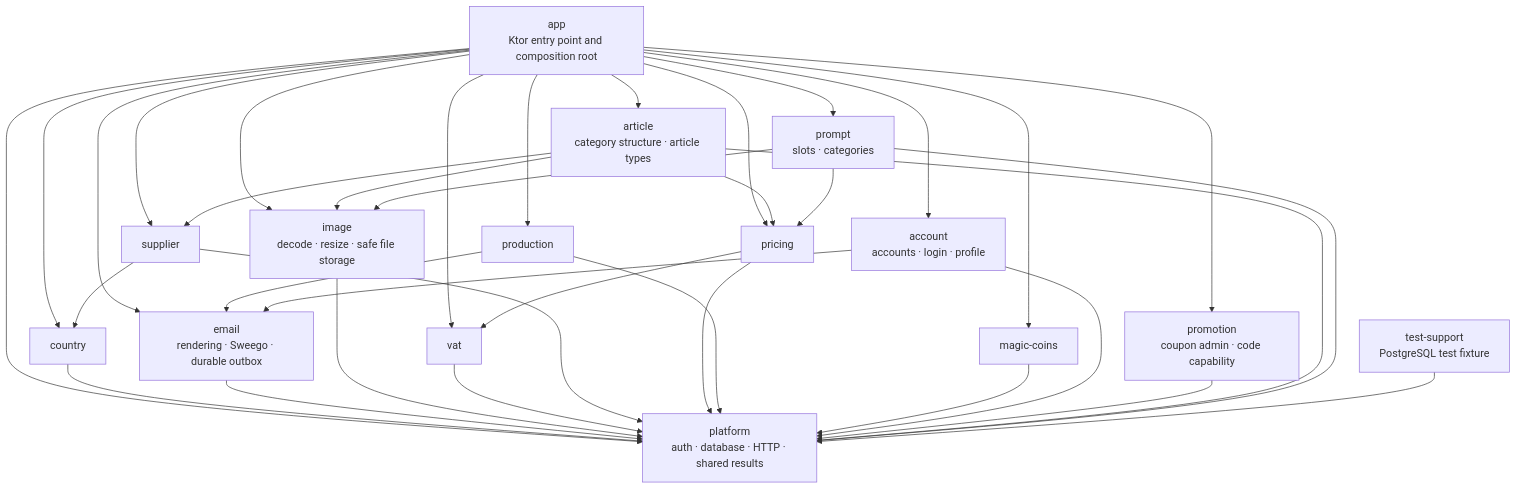
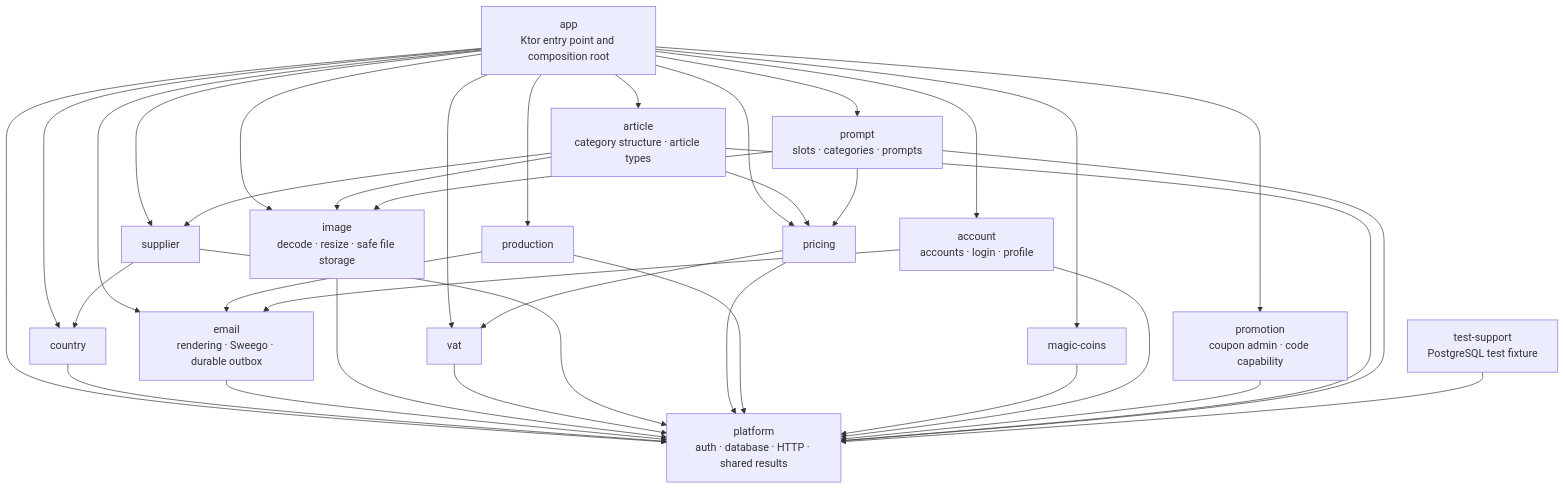
One commit to bitstorm-tech/voenix-shop-kotlin changed the diagram in docs/dev/backend/module-architecture.md. Above: the diagram before and after it, drawn with Mermaid. The commit also changed other lines of this file and 27 other files, not shown here.

First line of the commit message:
Migrate the prompts themselves with their price (Prompt slice 3a)

````diff
--- a/docs/dev/backend/module-architecture.md
+++ b/docs/dev/backend/module-architecture.md
@@ -34,54 +34,54 @@
 ```mermaid
 flowchart TD
     App["app<br/>Ktor entry point and composition root"]
     Platform["platform<br/>auth · database · HTTP · shared results"]
     Country["country"]
     Email["email<br/>rendering · Sweego · durable outbox"]
     Image["image<br/>decode · resize · safe file storage"]
     Vat["vat"]
     Supplier["supplier"]
     Pricing["pricing"]
     Production["production"]
     MagicCoins["magic-coins"]
     Account["account<br/>accounts · login · profile"]
     Promotion["promotion<br/>coupon admin · code capability"]
     Article["article<br/>category structure · article types"]
-    Prompt["prompt<br/>slots · categories"]
+    Prompt["prompt<br/>slots · categories · prompts"]
     TestSupport["test-support<br/>PostgreSQL test fixture"]
 
     App --> Platform
     App --> Account
     App --> Country
     App --> Email
     App --> Image
     App --> Vat
     App --> Supplier
     App --> Pricing
     App --> Production
     App --> MagicCoins
     App --> Promotion
     App --> Article
     App --> Prompt
     Country --> Platform
     Email --> Platform
     Image --> Platform
     Vat --> Platform
     Supplier --> Platform
     Supplier --> Country
     Pricing --> Platform
     Pricing --> Vat
     Production --> Platform
     Production --> Email
     MagicCoins --> Platform
     Account --> Platform
     Account --> Email
     Promotion --> Platform
     Article --> Platform
     Article --> Image
     Article --> Pricing
     Article --> Supplier
     Prompt --> Platform
     Prompt --> Image
     Prompt --> Pricing
     TestSupport --> Platform
 ```
````
